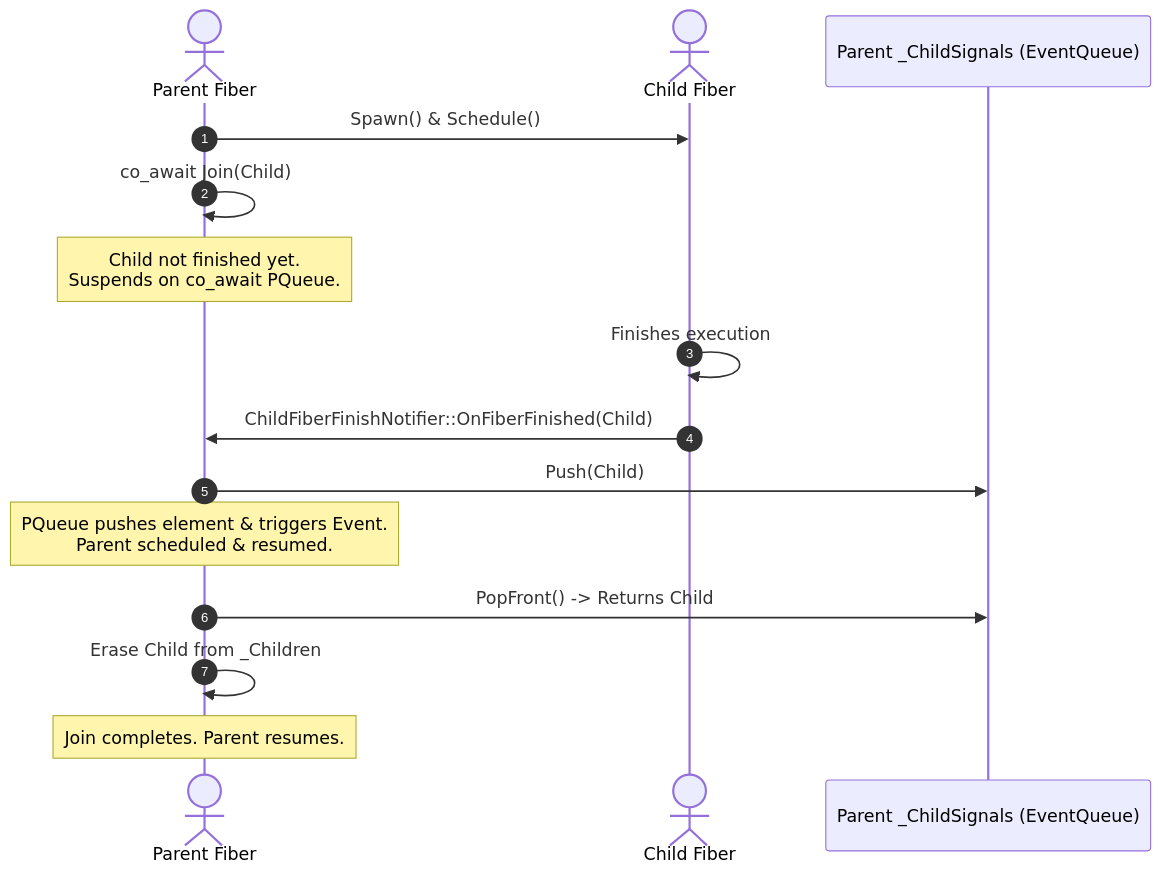
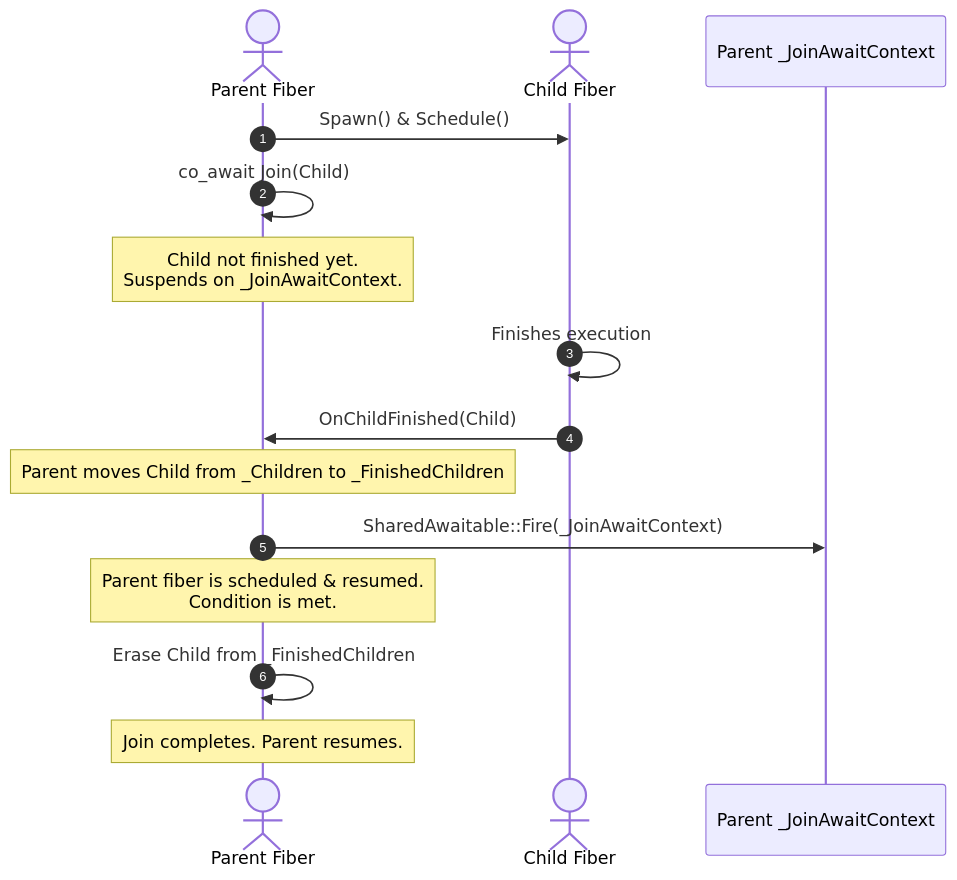
One commit to kghost/omni-fiber changed the third of 3 diagrams in DESIGN.md. Above: the diagram before and after it, drawn with Mermaid. The commit also changed other lines of this file and 1 other file, not shown here.

````diff
--- a/DESIGN.md
+++ b/DESIGN.md
@@ -107,18 +111,18 @@
 ```mermaid
 sequenceDiagram
     autonumber
     actor Parent as Parent Fiber
     actor Child as Child Fiber
-    participant PQueue as Parent _ChildSignals (EventQueue)
+    participant PContext as Parent _JoinAwaitContext
 
     Parent->>Child: Spawn() & Schedule()
     Parent->>Parent: co_await Join(Child)
-    Note over Parent: Child not finished yet.<br/>Suspends on co_await PQueue.
+    Note over Parent: Child not finished yet.<br/>Suspends on _JoinAwaitContext.
     Child->>Child: Finishes execution
-    Child->>Parent: ChildFiberFinishNotifier::OnFiberFinished(Child)
-    Parent->>PQueue: Push(Child)
-    Note over Parent: PQueue pushes element & triggers Event.<br/>Parent scheduled & resumed.
-    Parent->>PQueue: PopFront() -> Returns Child
-    Parent->>Parent: Erase Child from _Children
+    Child->>Parent: OnChildFinished(Child)
+    Note over Parent: Parent moves Child from _Children to _FinishedChildren
+    Parent->>PContext: SharedAwaitable::Fire(_JoinAwaitContext)
+    Note over Parent: Parent fiber is scheduled & resumed.<br/>Condition is met.
+    Parent->>Parent: Erase Child from _FinishedChildren
     Note over Parent: Join completes. Parent resumes.
 ```
````
